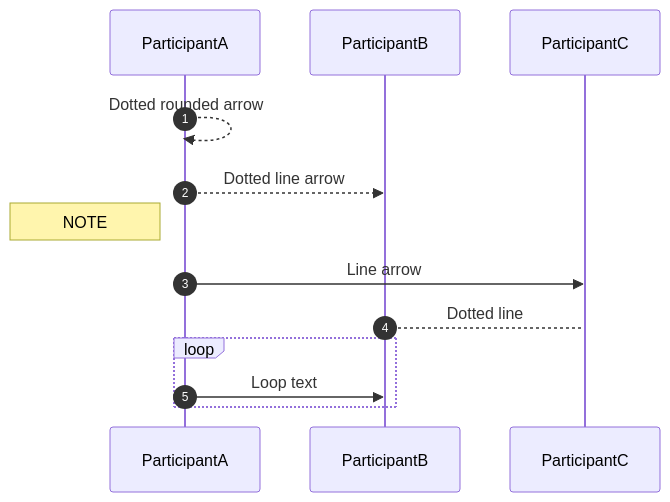
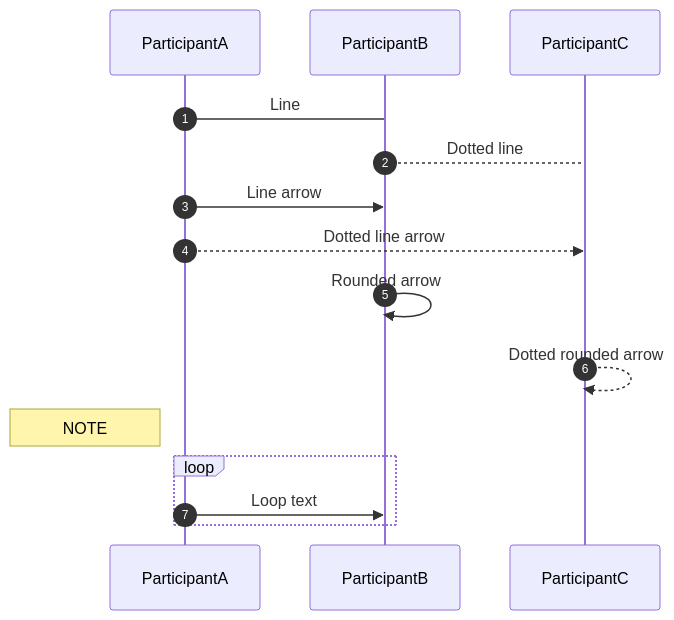
One commit to zluvsand/mermaid changed diagram 17 of 19 in README.md. Above: the diagram before and after it, drawn with Mermaid. The commit also changed other lines of this file, not shown here.

Commit message:
Update sequence charts

````diff
--- a/README.md
+++ b/README.md
@@ -187,15 +185,17 @@
 ```mermaid
 sequenceDiagram
     autonumber
     participant A as ParticipantA
     participant B as ParticipantB
     participant C as ParticipantC
-    A-->>A: Dotted rounded arrow
-    A-->>B: Dotted line arrow
+    A->B: Line
+    B-->C: Dotted line
+    A->>B: Line arrow
+    A-->>C: Dotted line arrow
+    B->>B: Rounded arrow
+    C-->>C: Dotted rounded arrow
     Note left of A: NOTE
-    A->>C: Line arrow
-    B-->C: Dotted line
     loop
         A->>B: Loop text
     end
 ```
````
